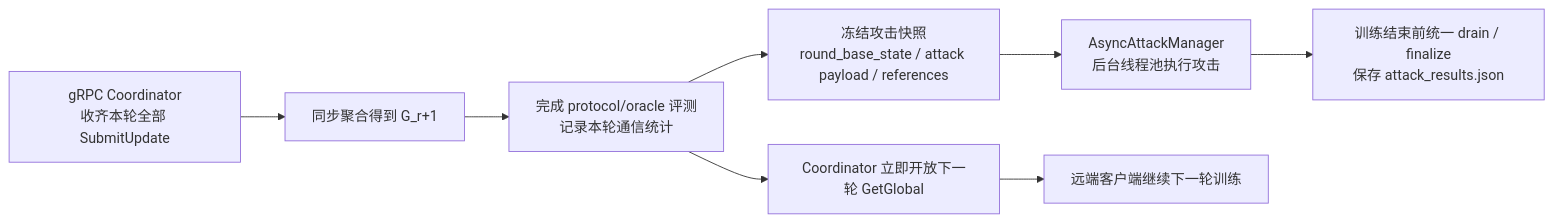
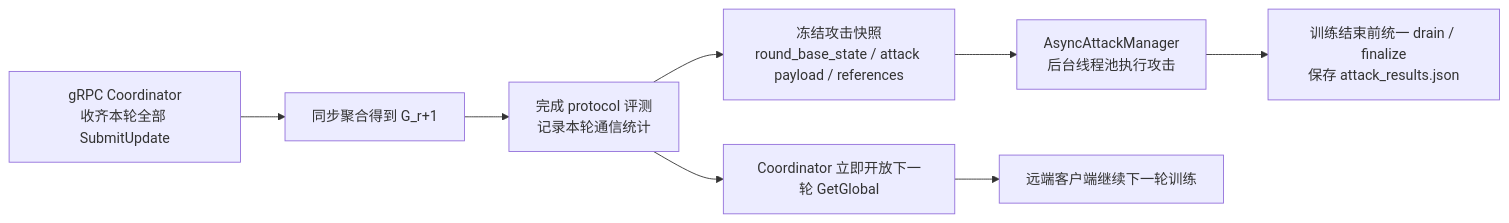
Before and after one commit to Zhang-Yukun/fl: the fourth of 4 diagrams in docs/联邦框架四种运行形态示意图.md, drawn with Mermaid. The commit also changed other lines of this file and 40 other files, not shown here.

````diff
--- a/docs/联邦框架四种运行形态示意图.md
+++ b/docs/联邦框架四种运行形态示意图.md
@@ -104,10 +103,10 @@
 ```mermaid
 flowchart LR
     GS["gRPC Coordinator<br/>收齐本轮全部 SubmitUpdate"] --> AGG["同步聚合得到 G_r+1"]
-    AGG --> EVAL["完成 protocol/oracle 评测<br/>记录本轮通信统计"]
+    AGG --> EVAL["完成 protocol 评测<br/>记录本轮通信统计"]
     EVAL --> SNAP["冻结攻击快照<br/>round_base_state / attack payload / references"]
     SNAP --> Q["AsyncAttackManager<br/>后台线程池执行攻击"]
     EVAL --> NEXT["Coordinator 立即开放下一轮 GetGlobal"]
     NEXT --> C["远端客户端继续下一轮训练"]
     Q --> SAVE["训练结束前统一 drain / finalize<br/>保存 attack_results.json"]
 ```
````
